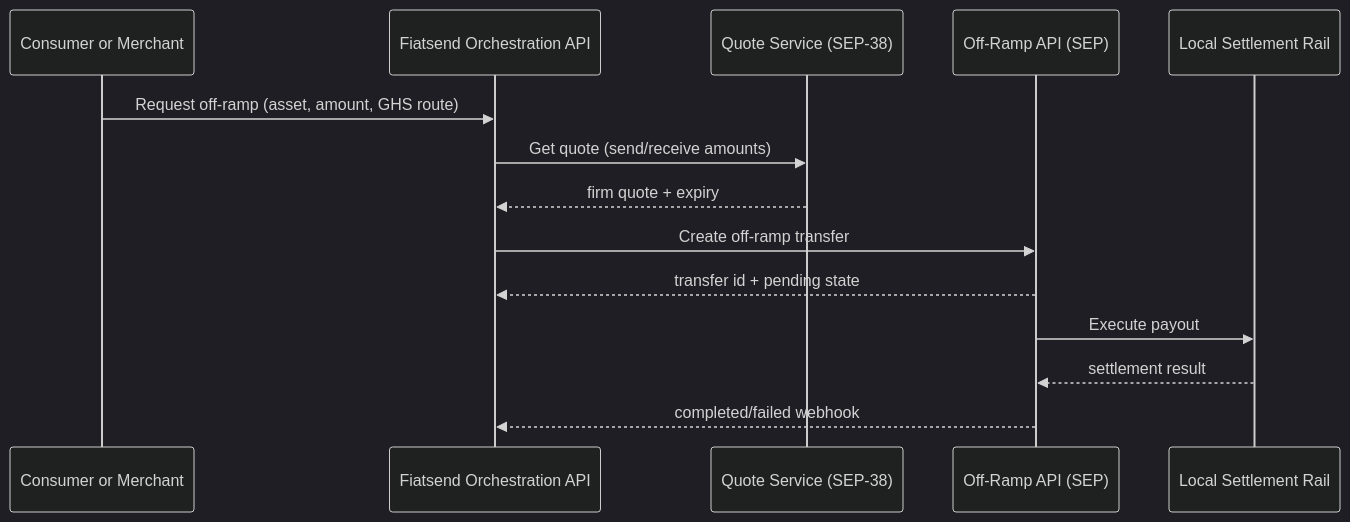
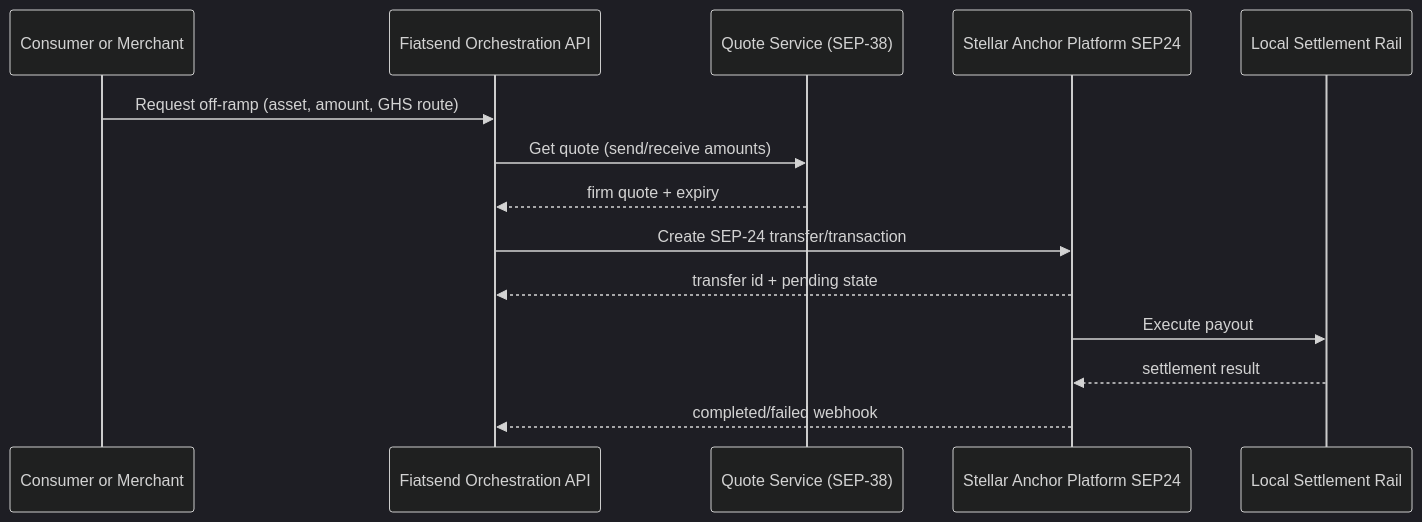
The second of 15 diagrams in Fiatsend-Technical-Architecture-SCF43-Integration.md (fiatsend/techical-achitecture), drawn with Mermaid (dark theme) before and after one commit. The commit also changed other lines of this file, not shown here.

First line of the commit message:
Revise Fiatsend architecture for SEP-24 integration

````diff
--- a/Fiatsend-Technical-Architecture-SCF43-Integration.md
+++ b/Fiatsend-Technical-Architecture-SCF43-Integration.md
@@ -122,17 +158,17 @@
 ```mermaid
 sequenceDiagram
     participant User as Consumer or Merchant
     participant API as Fiatsend Orchestration API
     participant SEP38 as Quote Service (SEP-38)
-    participant OffRamp as Off-Ramp API (SEP)
+    participant Anchor as Stellar Anchor Platform SEP24
     participant Rail as Local Settlement Rail
 
     User->>API: Request off-ramp (asset, amount, GHS route)
     API->>SEP38: Get quote (send/receive amounts)
     SEP38-->>API: firm quote + expiry
-    API->>OffRamp: Create off-ramp transfer
-    OffRamp-->>API: transfer id + pending state
-    OffRamp->>Rail: Execute payout
-    Rail-->>OffRamp: settlement result
-    OffRamp-->>API: completed/failed webhook
+    API->>Anchor: Create SEP-24 transfer/transaction
+    Anchor-->>API: transfer id + pending state
+    Anchor->>Rail: Execute payout
+    Rail-->>Anchor: settlement result
+    Anchor-->>API: completed/failed webhook
 ```
````
